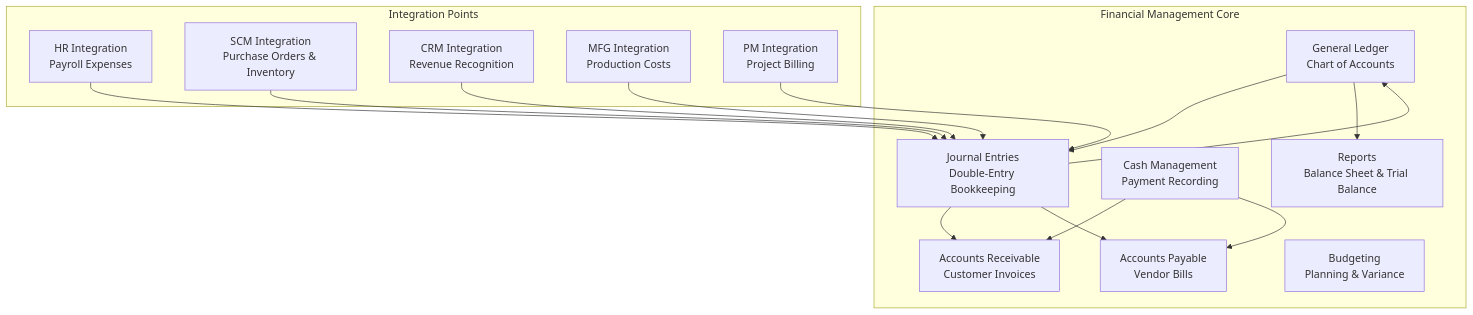
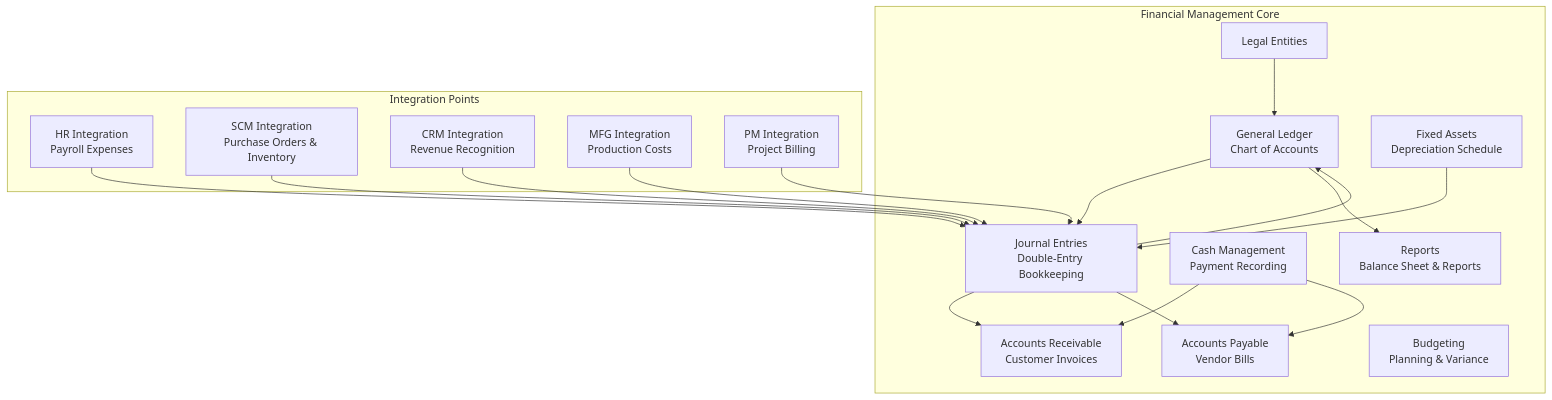
The diagram in documentation/modules/financial-management/README.md (barbarnyarnyar/erp-system), drawn with Mermaid before and after one commit. The commit also changed other lines of this file and 6 other files, not shown here.

````diff
--- a/documentation/modules/financial-management/README.md
+++ b/documentation/modules/financial-management/README.md
@@ -7,33 +7,37 @@
 ```mermaid
 graph TB
     subgraph "Financial Management Core"
+        LE[Legal Entities]
         GL[General Ledger<br/>Chart of Accounts]
         JE[Journal Entries<br/>Double-Entry Bookkeeping]
         AP[Accounts Payable<br/>Vendor Bills]
         AR[Accounts Receivable<br/>Customer Invoices]
         CM[Cash Management<br/>Payment Recording]
+        FA[Fixed Assets<br/>Depreciation Schedule]
         BUD[Budgeting<br/>Planning & Variance]
-        REP[Reports<br/>Balance Sheet & Trial Balance]
+        REP[Reports<br/>Balance Sheet & Reports]
     end
 
     subgraph "Integration Points"
         HR_INT[HR Integration<br/>Payroll Expenses]
         SCM_INT[SCM Integration<br/>Purchase Orders & Inventory]
         CRM_INT[CRM Integration<br/>Revenue Recognition]
         MFG_INT[MFG Integration<br/>Production Costs]
         PM_INT[PM Integration<br/>Project Billing]
     end
 
+    LE --> GL
     GL --> JE
     JE --> GL
     JE --> AR
     JE --> AP
     CM --> AR
     CM --> AP
+    FA --> JE
     GL --> REP
     HR_INT --> JE
     SCM_INT --> JE
     CRM_INT --> JE
     MFG_INT --> JE
     PM_INT --> JE
 ```
````
